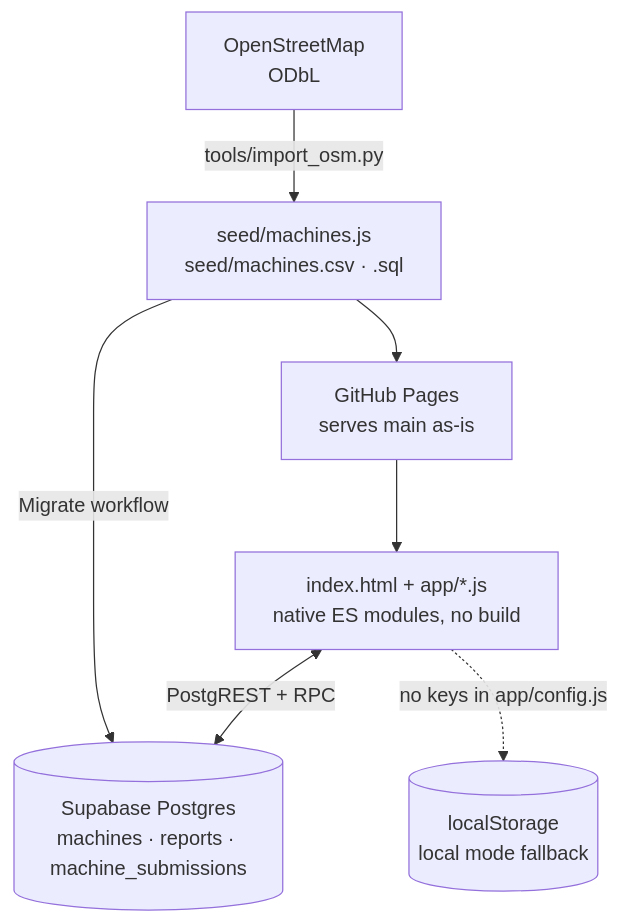
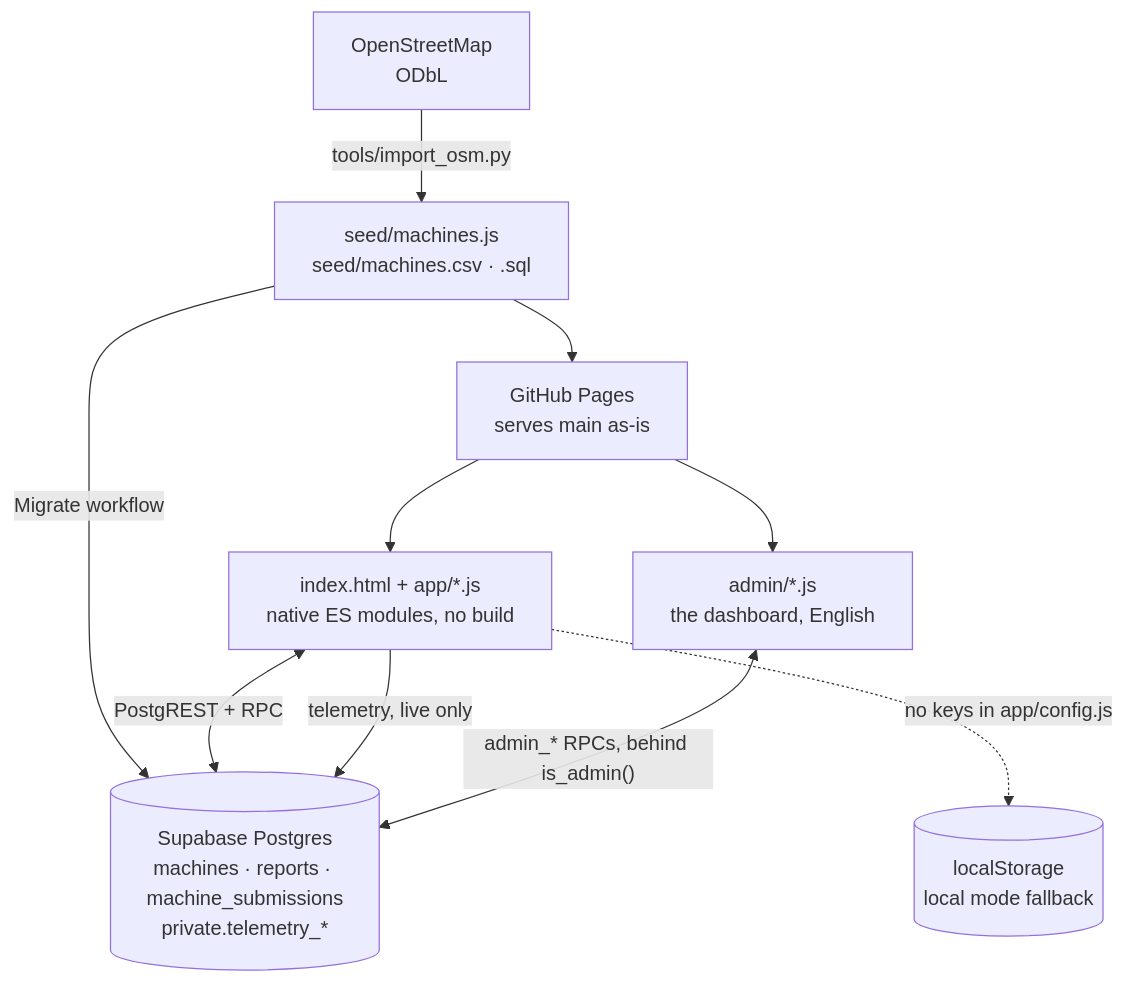
The first of 9 diagrams in docs/diagrams.md (isabelhdias/voltacheck), drawn with Mermaid before and after one commit. The commit also changed other lines of this file and 20 other files, not shown here.

First line of the commit message:
Add the admin dashboard at /admin/, gated by Postgres

````diff
--- a/docs/diagrams.md
+++ b/docs/diagrams.md
@@ -15,12 +15,15 @@
 ```mermaid
 flowchart TB
   osm["OpenStreetMap<br/>ODbL"] -->|"tools/import_osm.py"| seed["seed/machines.js<br/>seed/machines.csv · .sql"]
   seed --> pages
   seed -->|"Migrate workflow"| db
 
   pages["GitHub Pages<br/>serves main as-is"] --> app
 
   app["index.html + app/*.js<br/>native ES modules, no build"]
-  app <-->|"PostgREST + RPC"| db[("Supabase Postgres<br/>machines · reports · machine_submissions")]
+  app <-->|"PostgREST + RPC"| db[("Supabase Postgres<br/>machines · reports · machine_submissions<br/>private.telemetry_*")]
   app -.->|"no keys in app/config.js"| ls[("localStorage<br/>local mode fallback")]
+  app -->|"telemetry, live only"| db
+  pages --> admin["admin/*.js<br/>the dashboard, English"]
+  admin <-->|"admin_* RPCs, behind is_admin()"| db
 ```
````
